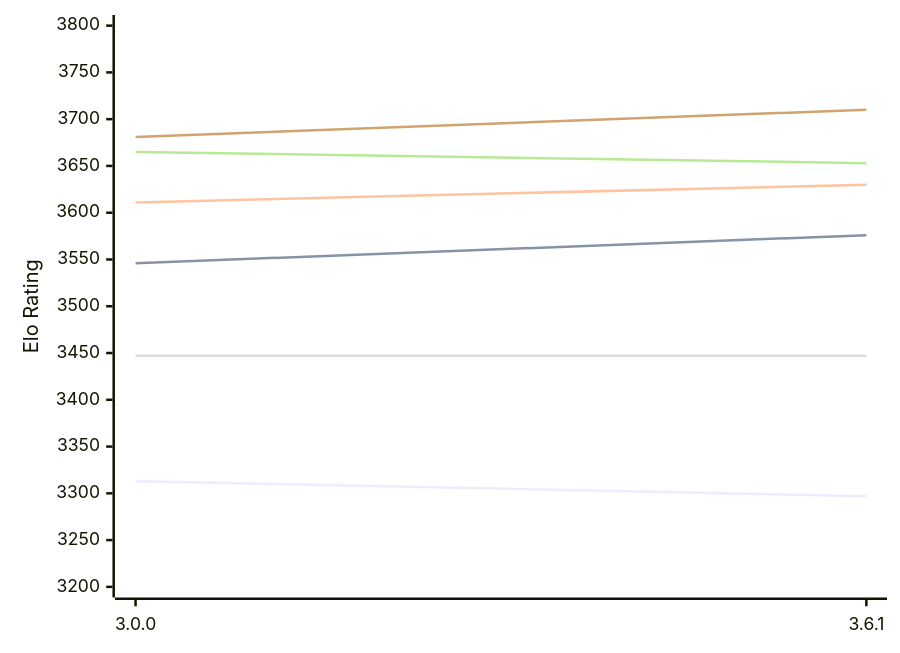
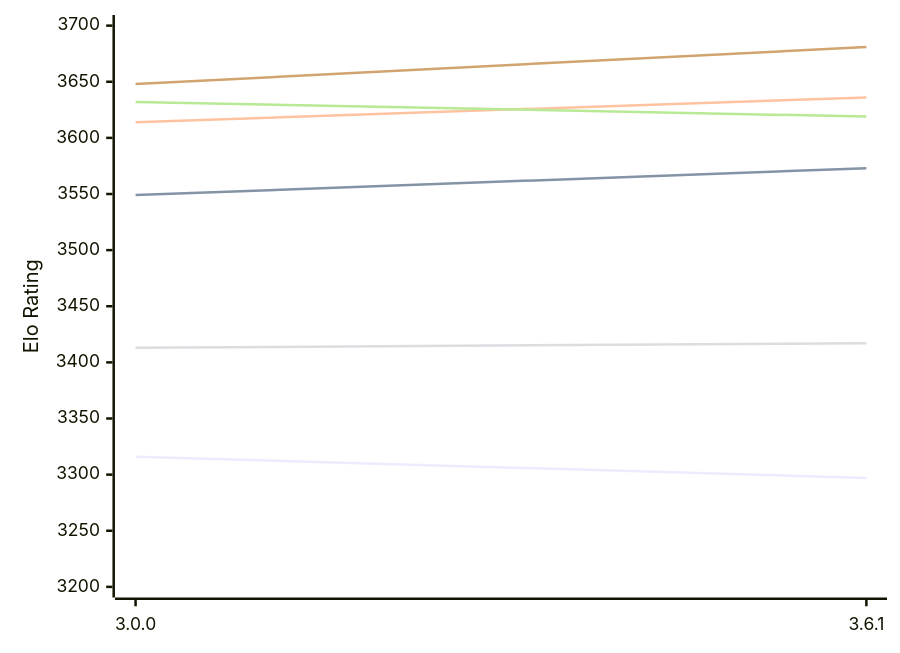
One commit to computer-chess-index/cci changed the diagram in engines/Peras.md. Above: the diagram before and after it, drawn with Mermaid. The commit also changed other lines of this file, not shown here.

Commit message:
Update CCI Ratings (ELO VLTC) - 2026-10-23

````diff
--- a/engines/Peras.md
+++ b/engines/Peras.md
@@ -49,12 +49,12 @@
 ```mermaid
 %%{init: {"theme":"base","themeVariables":{"seriesColors:['#a3a3a3','#222221','#faa371']}}}%%
 xychart-beta
   x-axis ["3.0.0", "3.6.1"]
-  y-axis "Elo Rating" 3200 --> 3800
-  line "E1: STC (8.0+0.08s)" [3313, 3297]
-  line "E1: LTC (60.0+0.60s)" [3546, 3576]
-  line "E1: VLTC (2m24s+1.12s)" [3611, 3630]
-  line "P1: STC (8.0+0.08s)" [3447, 3447]
-  line "P1: LTC (60.0+0.60s)" [3665, 3653]
-  line "P1: VLTC (2m24s+1.12s)" [3681, 3710]
+  y-axis "Elo Rating" 3200 --> 3700
+  line "E1: STC (8.0+0.08s)" [3316, 3297]
+  line "E1: LTC (60.0+0.60s)" [3549, 3573]
+  line "E1: VLTC (2m24s+1.12s)" [3614, 3636]
+  line "P1: STC (8.0+0.08s)" [3413, 3417]
+  line "P1: LTC (60.0+0.60s)" [3632, 3619]
+  line "P1: VLTC (2m24s+1.12s)" [3648, 3681]
 ```
````
